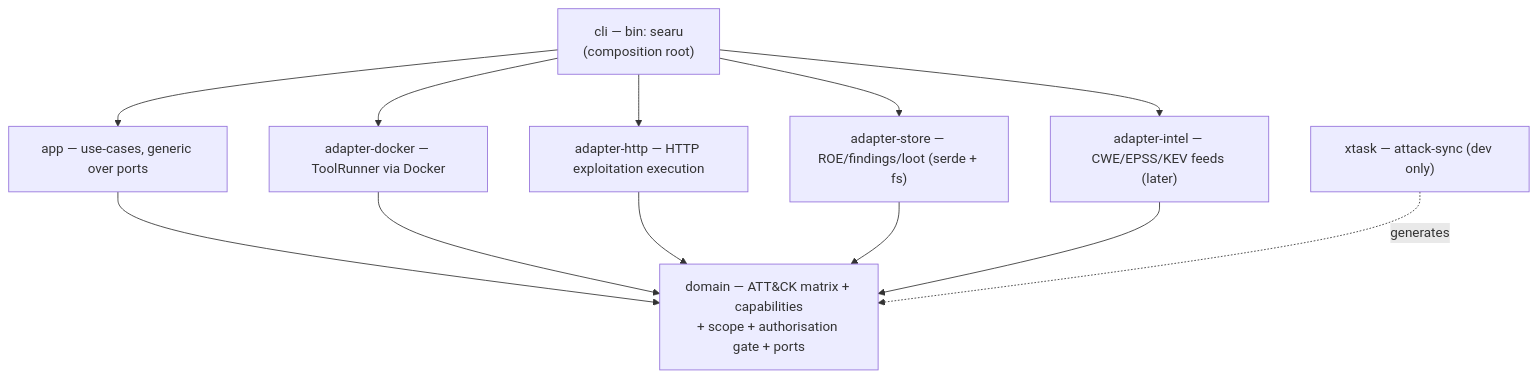
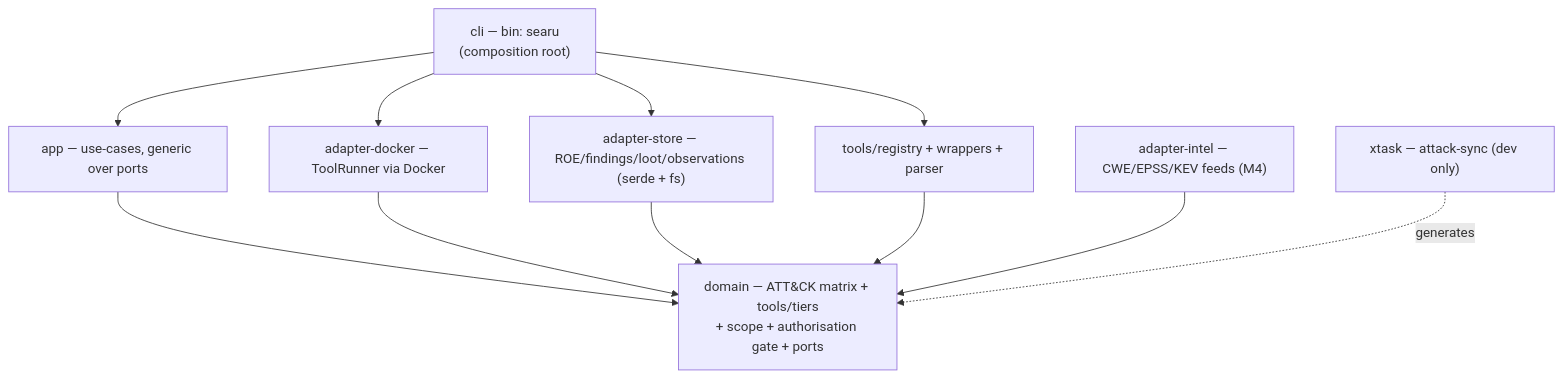
The second of 4 diagrams in docs/product-plan.md (acodeninja/searu), drawn with Mermaid before and after one commit. The commit also changed other lines of this file and 3 other files, not shown here.

````diff
--- a/docs/product-plan.md
+++ b/docs/product-plan.md
@@ -181,23 +202,22 @@
 ```mermaid
 graph TD
     cli["cli — bin: searu<br/>(composition root)"]
     app["app — use-cases, generic over ports"]
-    domain["domain — ATT&CK matrix + capabilities<br/>+ scope + authorisation gate + ports"]
+    domain["domain — ATT&CK matrix + tools/tiers<br/>+ scope + authorisation gate + ports"]
     ad["adapter-docker — ToolRunner via Docker"]
-    ah["adapter-http — HTTP exploitation execution"]
-    ast["adapter-store — ROE/findings/loot (serde + fs)"]
-    ai["adapter-intel — CWE/EPSS/KEV feeds (later)"]
+    ast["adapter-store — ROE/findings/loot/observations (serde + fs)"]
+    tr["tools/registry + wrappers + parser"]
+    ai["adapter-intel — CWE/EPSS/KEV feeds (M4)"]
     xt["xtask — attack-sync (dev only)"]
 
     cli --> app
     cli --> ad
-    cli --> ah
     cli --> ast
-    cli --> ai
+    cli --> tr
     app --> domain
     ad --> domain
-    ah --> domain
     ast --> domain
+    tr --> domain
     ai --> domain
     xt -. generates .-> domain
 ```
````
